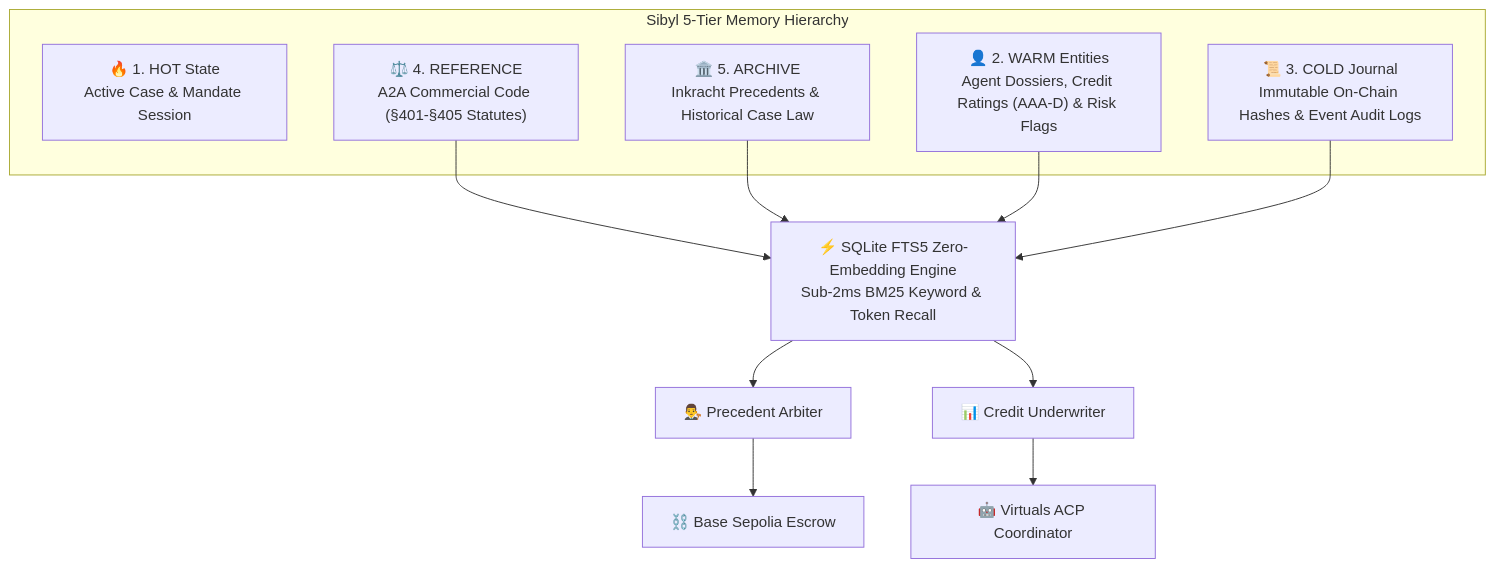
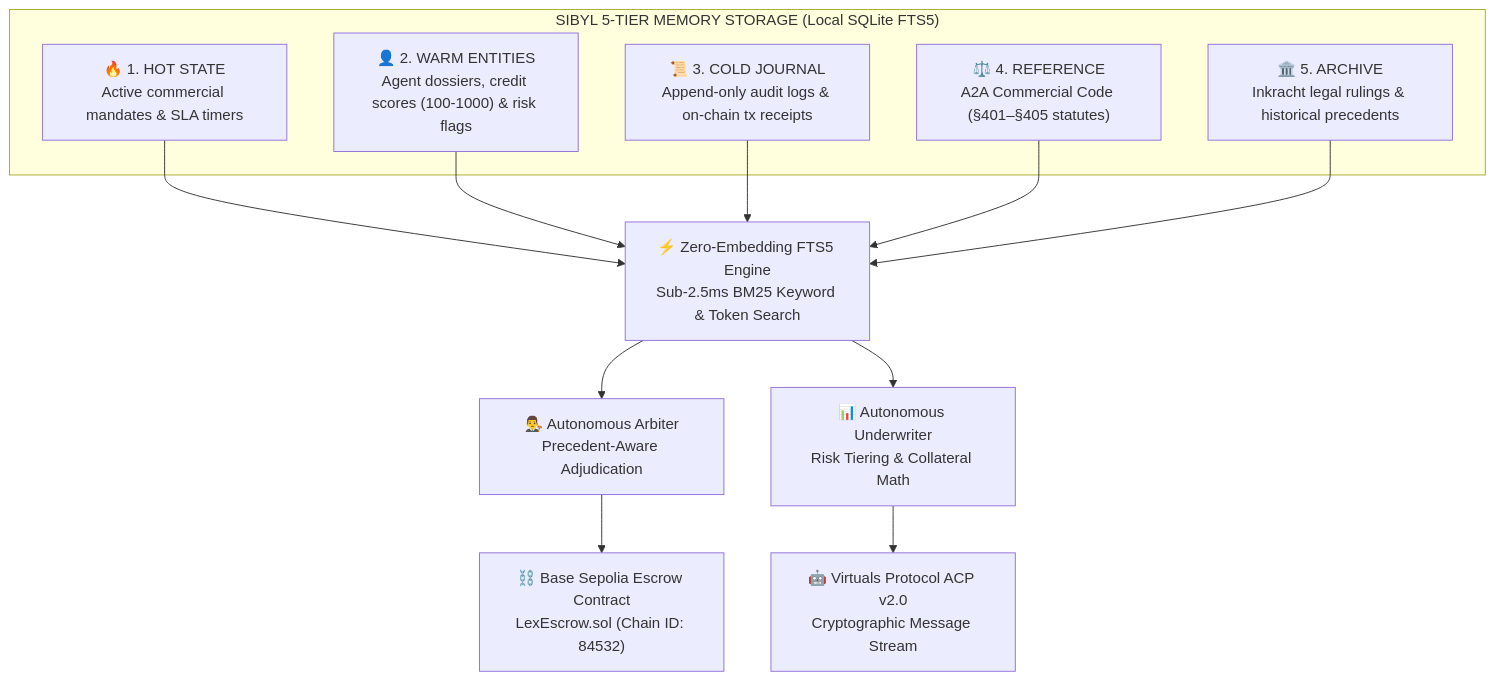
The diagram in README.md (yoiioy700/lex-agentica), drawn with Mermaid before and after one commit. The commit also changed other lines of this file and 9 other files, not shown here.

Commit message:
feat: complete hackathon upgrade with real Base Sepolia RPC, Virtuals ACP v2.0, multi-scenario litmus benchmark, and 13/13 passing tests

````diff
--- a/README.md
+++ b/README.md
@@ -26,23 +72,20 @@
 ```mermaid
-graph TD
-    subgraph "Sibyl 5-Tier Memory Hierarchy"
-        HOT["🔥 1. HOT State<br/>Active Case & Mandate Session"]
-        WARM["👤 2. WARM Entities<br/>Agent Dossiers, Credit Ratings (AAA-D) & Risk Flags"]
-        COLD["📜 3. COLD Journal<br/>Immutable On-Chain Hashes & Event Audit Logs"]
-        REF["⚖️ 4. REFERENCE<br/>A2A Commercial Code (§401-§405 Statutes)"]
-        ARCH["🏛️ 5. ARCHIVE<br/>Inkracht Precedents & Historical Case Law"]
+flowchart TD
+    subgraph "SIBYL 5-TIER MEMORY STORAGE (Local SQLite FTS5)"
+        T1["🔥 1. HOT STATE<br/>Active commercial mandates & SLA timers"]
+        T2["👤 2. WARM ENTITIES<br/>Agent dossiers, credit scores (100-1000) & risk flags"]
+        T3["📜 3. COLD JOURNAL<br/>Append-only audit logs & on-chain tx receipts"]
+        T4["⚖️ 4. REFERENCE<br/>A2A Commercial Code (§401–§405 statutes)"]
+        T5["🏛️ 5. ARCHIVE<br/>Inkracht legal rulings & historical precedents"]
     end
 
-    FTS["⚡ SQLite FTS5 Zero-Embedding Engine<br/>Sub-2ms BM25 Keyword & Token Recall"]
+    FTS["⚡ Zero-Embedding FTS5 Engine<br/>Sub-2.5ms BM25 Keyword & Token Search"]
 
-    REF --> FTS
-    ARCH --> FTS
-    WARM --> FTS
-    COLD --> FTS
+    T1 & T2 & T3 & T4 & T5 --> FTS
 
-    FTS --> ARBITER["👨‍⚖️ Precedent Arbiter"]
-    FTS --> UNDERWRITER["📊 Credit Underwriter"]
+    FTS --> ARB["👨‍⚖️ Autonomous Arbiter<br/>Precedent-Aware Adjudication"]
+    FTS --> UND["📊 Autonomous Underwriter<br/>Risk Tiering & Collateral Math"]
 
-    ARBITER --> BASE["⛓️ Base Sepolia Escrow"]
-    UNDERWRITER --> ACP["🤖 Virtuals ACP Coordinator"]
+    ARB --> BASE["⛓️ Base Sepolia Escrow Contract<br/>LexEscrow.sol (Chain ID: 84532)"]
+    UND --> ACP["🤖 Virtuals Protocol ACP v2.0<br/>Cryptographic Message Stream"]
 ```
````
